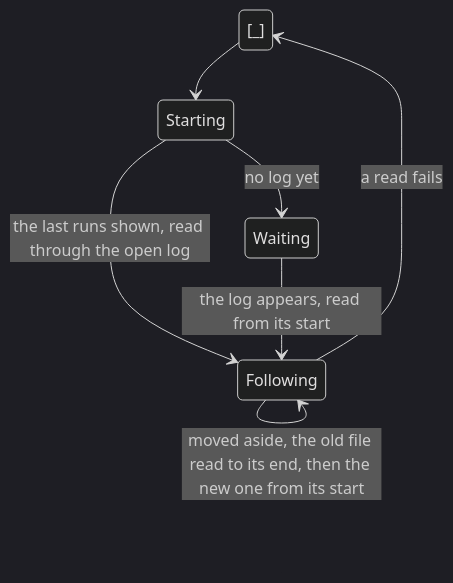
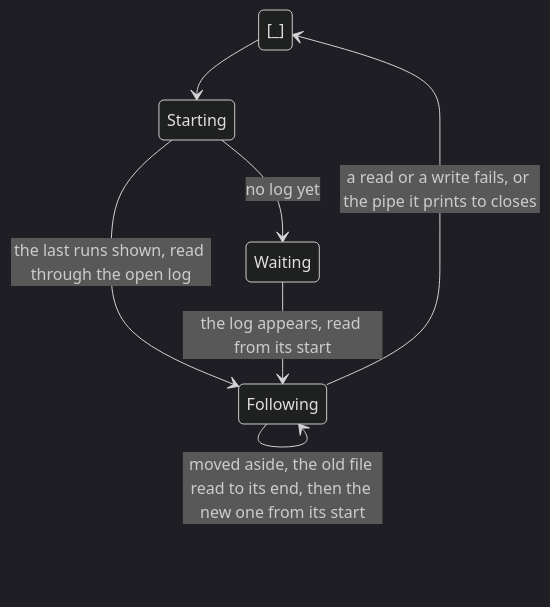
Diagram 11 of 11 in docs/audits/state-machines.md (StevenJPx2/chauffeur), drawn with Mermaid (dark theme) before and after one commit. The commit also changed other lines of this file, not shown here.

First line of the commit message:
docs(audit): show the accept retry, reload thread error and closed pipe fixed

````diff
--- a/docs/audits/state-machines.md
+++ b/docs/audits/state-machines.md
@@ -483,10 +529,10 @@
 ```mermaid
 stateDiagram-v2
 [_] --> Starting
 Starting --> Following : the last runs shown, read through the open log
 Starting --> Waiting : no log yet
 Waiting --> Following : the log appears, read from its start
 Following --> Following : new lines, every 250 ms
 Following --> Following : moved aside, the old file read to its end, then the new one from its start
-Following --> [_] : a read fails
+Following --> [_] : a read or a write fails, or the pipe it prints to closes
 ```
````
